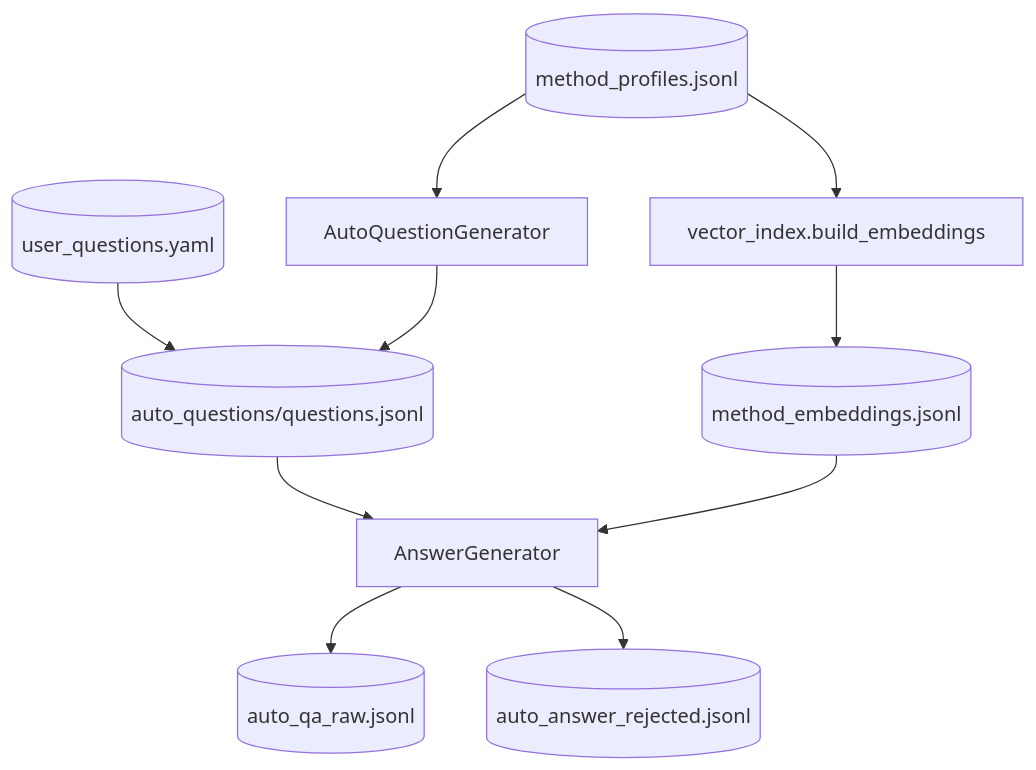
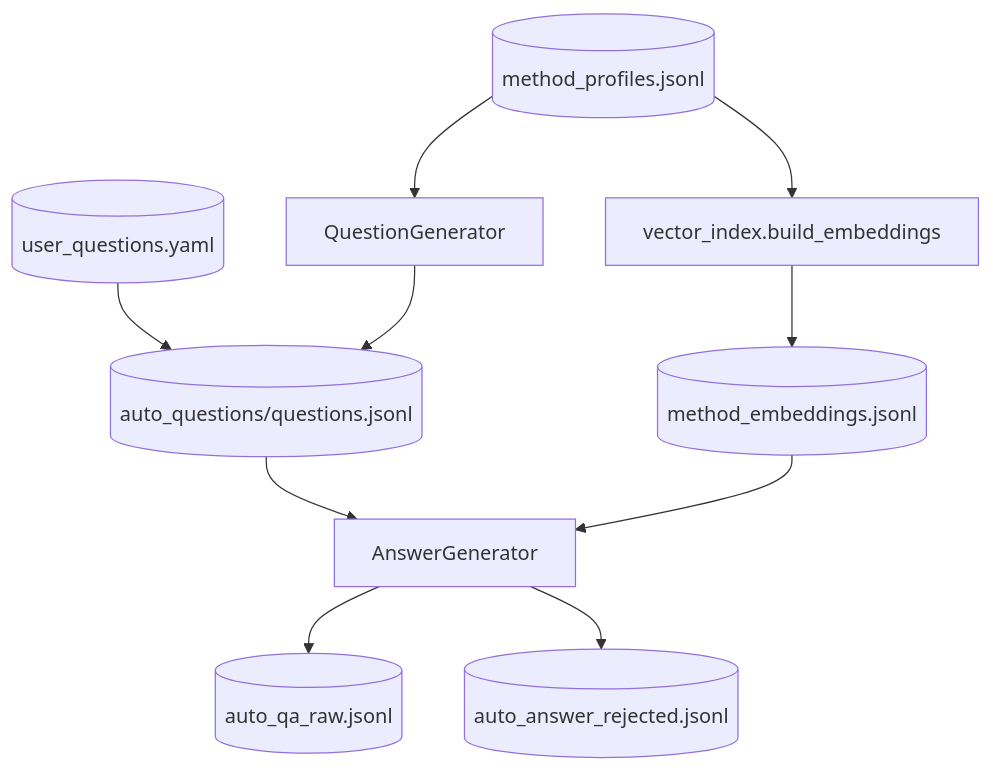
One commit to FlutteryEmbers/intelligent_code changed the first of 3 diagrams in docs/pipeline/03-question-answer-step.md. Above: the diagram before and after it, drawn with Mermaid. The commit also changed other lines of this file and 70 other files, not shown here.

````diff
--- a/docs/pipeline/03-question-answer-step.md
+++ b/docs/pipeline/03-question-answer-step.md
@@ -64,12 +64,12 @@
 ```mermaid
 flowchart TD
   P[(method_profiles.jsonl)] --> C[vector_index.build_embeddings]
-  P --> D[AutoQuestionGenerator]
+  P --> QG[QuestionGenerator]
   U[(user_questions.yaml)] --> Q[(auto_questions/questions.jsonl)]
-  D --> Q
+  QG --> Q
   C --> E[(method_embeddings.jsonl)]
-  Q --> F[AnswerGenerator]
-  E --> F
-  F --> O[(auto_qa_raw.jsonl)]
-  F --> R[(auto_answer_rejected.jsonl)]
+  Q --> AG[AnswerGenerator]
+  E --> AG
+  AG --> O[(auto_qa_raw.jsonl)]
+  AG --> R[(auto_answer_rejected.jsonl)]
 ```
````
